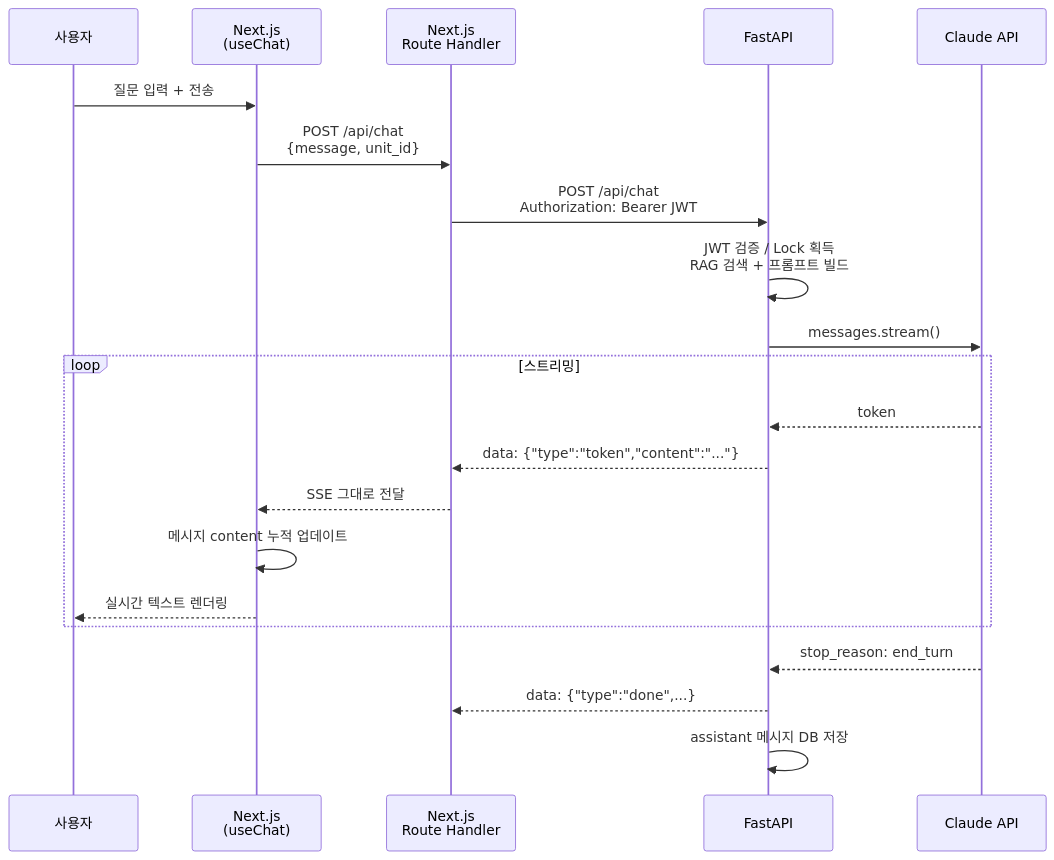
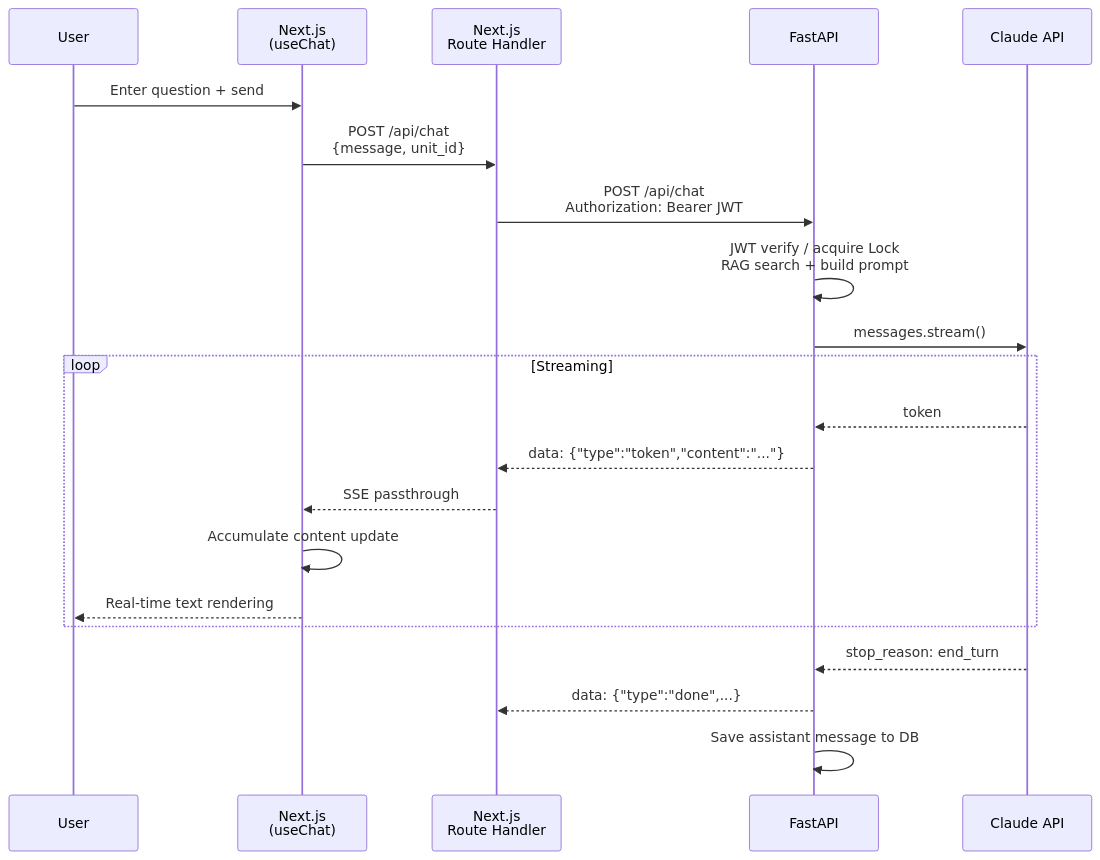
Before and after one commit to JayKim88/AI-LEARNING-NOTE: the second of 5 diagrams in blog/src/content/learnings/2026-02-27-ai-pipeline-patterns-lingua-rag.md, drawn with Mermaid. The commit also changed other lines of this file, not shown here.

First line of the commit message:
fix(blog/content): translate Mermaid diagram labels to English in ai-pipeline-patterns

````diff
--- a/blog/src/content/learnings/2026-02-27-ai-pipeline-patterns-lingua-rag.md
+++ b/blog/src/content/learnings/2026-02-27-ai-pipeline-patterns-lingua-rag.md
@@ -57,24 +57,24 @@
 ```mermaid
 sequenceDiagram
-    participant U as 사용자
+    participant U as User
     participant FE as Next.js<br/>(useChat)
     participant PROXY as Next.js<br/>Route Handler
     participant BE as FastAPI
     participant CLAUDE as Claude API
 
-    U->>FE: 질문 입력 + 전송
+    U->>FE: Enter question + send
     FE->>PROXY: POST /api/chat<br/>{message, unit_id}
     PROXY->>BE: POST /api/chat<br/>Authorization: Bearer JWT
-    BE->>BE: JWT 검증 / Lock 획득<br/>RAG 검색 + 프롬프트 빌드
+    BE->>BE: JWT verify / acquire Lock<br/>RAG search + build prompt
     BE->>CLAUDE: messages.stream()
-    loop 스트리밍
+    loop Streaming
         CLAUDE-->>BE: token
         BE-->>PROXY: data: {"type":"token","content":"..."}
-        PROXY-->>FE: SSE 그대로 전달
-        FE->>FE: 메시지 content 누적 업데이트
-        FE-->>U: 실시간 텍스트 렌더링
+        PROXY-->>FE: SSE passthrough
+        FE->>FE: Accumulate content update
+        FE-->>U: Real-time text rendering
     end
     CLAUDE-->>BE: stop_reason: end_turn
     BE-->>PROXY: data: {"type":"done",...}
-    BE->>BE: assistant 메시지 DB 저장
+    BE->>BE: Save assistant message to DB
 ```
````
